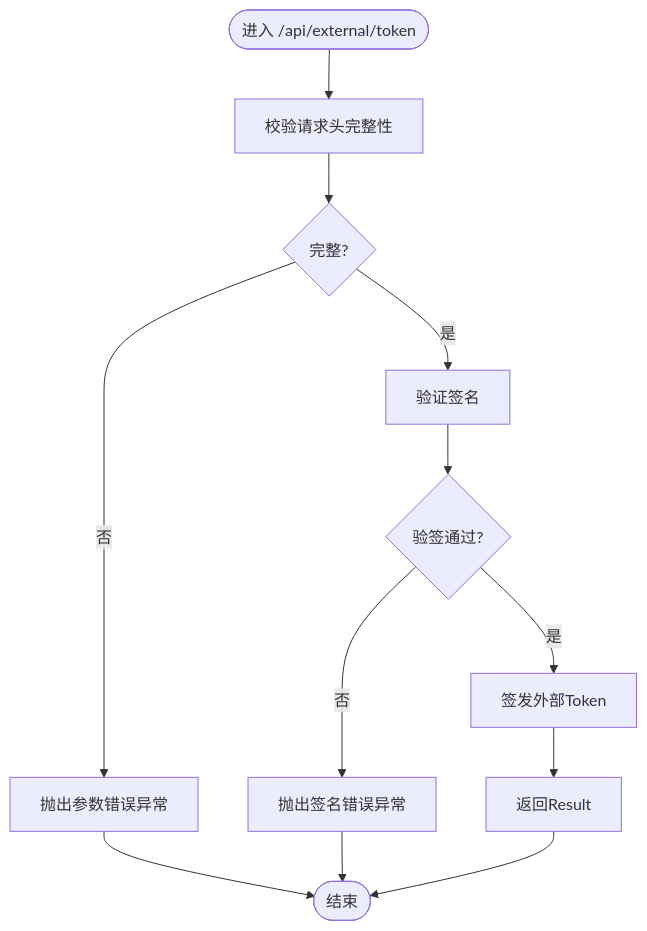
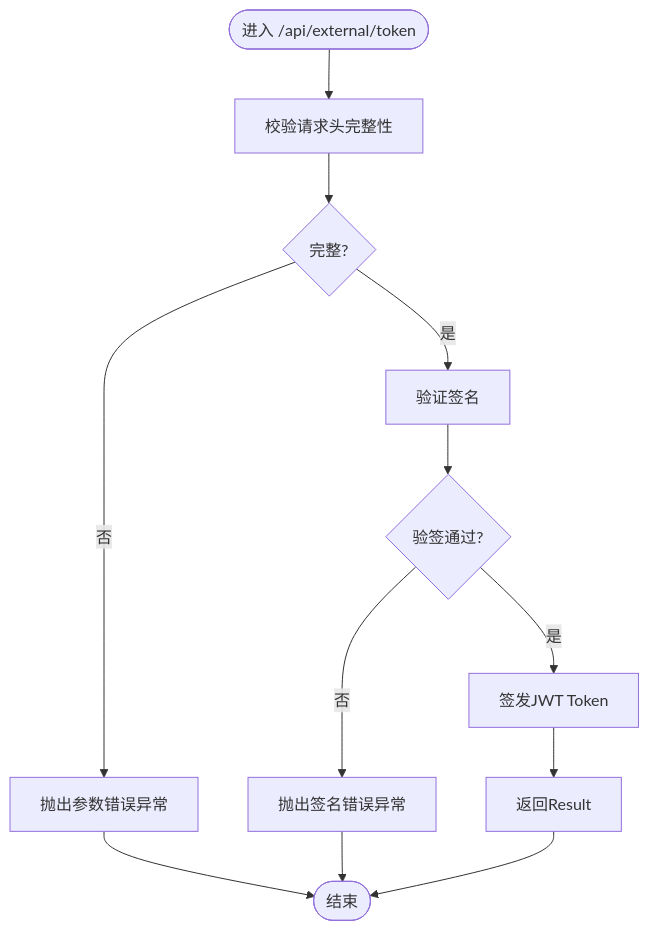
One commit to DrunkFood/First changed the sixth of 10 diagrams in .qoder/repowiki/zh/content/API接口文档/外部系统集成API/外部AI任务API.md. Above: the diagram before and after it, drawn with Mermaid. The commit also changed other lines of this file and 93 other files, not shown here.

````diff
--- a/.qoder/repowiki/zh/content/API接口文档/外部系统集成API/外部AI任务API.md
+++ b/.qoder/repowiki/zh/content/API接口文档/外部系统集成API/外部AI任务API.md
@@ -215,14 +277,14 @@
 ```mermaid
 flowchart TD
 Start(["进入 /api/external/token"]) --> CheckHeaders["校验请求头完整性"]
 CheckHeaders --> Valid{"完整?"}
 Valid -- "否" --> ThrowParamErr["抛出参数错误异常"]
 Valid -- "是" --> VerifySig["验证签名"]
 VerifySig --> SigOk{"验签通过?"}
 SigOk -- "否" --> ThrowSigErr["抛出签名错误异常"]
-SigOk -- "是" --> IssueToken["签发外部Token"]
+SigOk -- "是" --> IssueToken["签发JWT Token"]
 IssueToken --> ReturnResp["返回Result<ExternalTokenResponse>"]
 ThrowParamErr --> End(["结束"])
 ThrowSigErr --> End
 ReturnResp --> End
 ```
````
